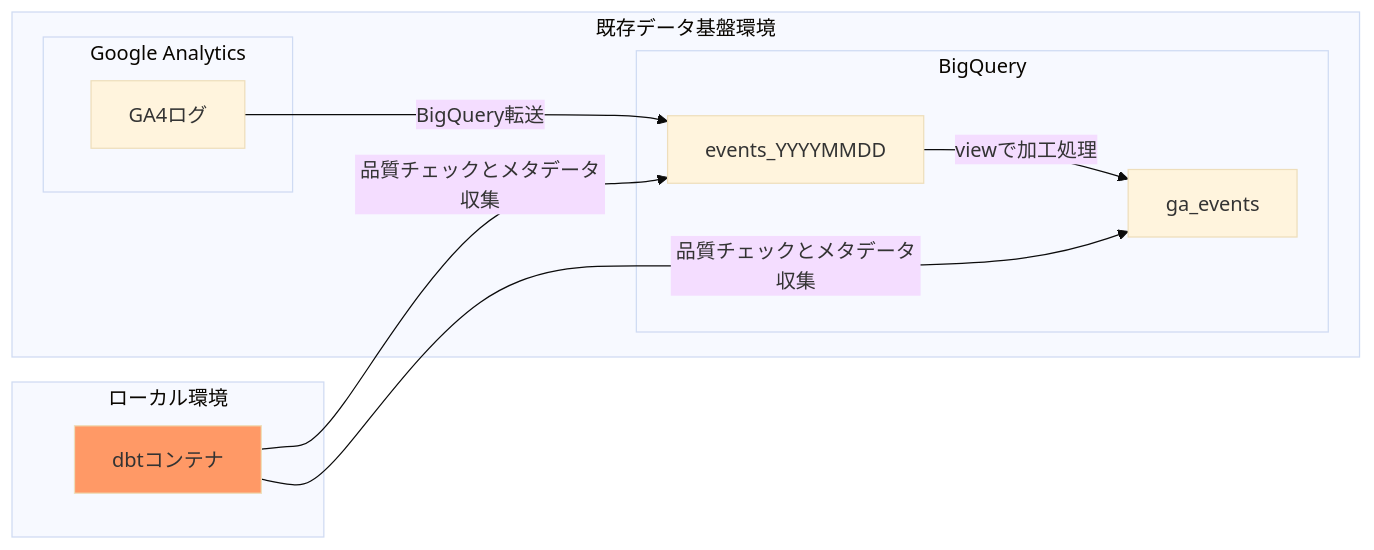
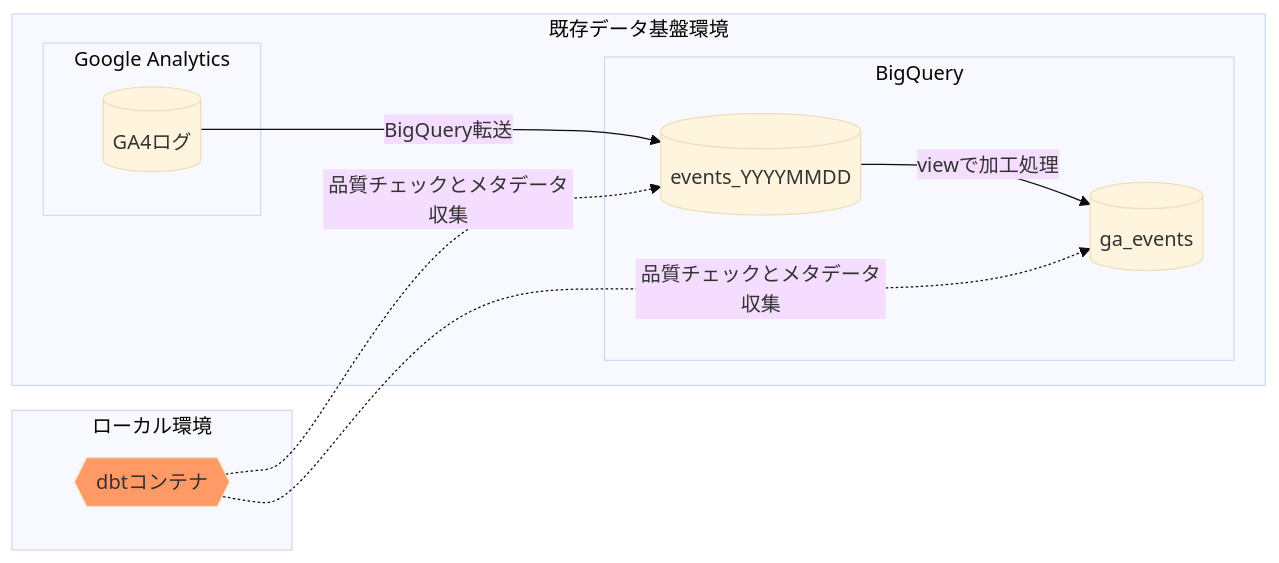
One commit to mjunya1030/mj-zenn changed the diagram in articles/20211015-opt-in-dbt.md. Above: the diagram before and after it, drawn with Mermaid (base theme). The commit also changed other lines of this file, not shown here.

````diff
--- a/articles/20211015-opt-in-dbt.md
+++ b/articles/20211015-opt-in-dbt.md
@@ -114,20 +106,20 @@
 ```mermaid
 
 flowchart LR;
     subgraph 既存データ基盤環境
         subgraph Google Analytics;
-            GA4ログ;
+            GA4ログ[(GA4ログ)];
         end
         subgraph BigQuery
-            GA4ログ -- BigQuery転送 --> events_YYYYMMDD;
-            events_YYYYMMDD -- viewで加工処理 --> ga_events;
+            GA4ログ -- BigQuery転送 --> events_YYYYMMDD[(events_YYYYMMDD)];
+            events_YYYYMMDD -- viewで加工処理 --> ga_events[(ga_events)];
         end
     end
 
     subgraph ローカル環境;
-        dbtコンテナ:::dbtclass -- 品質チェックとメタデータ収集 --> events_YYYYMMDD;
-        dbtコンテナ:::dbtclass -- 品質チェックとメタデータ収集 --> ga_events;
+        dbtコンテナ{{dbtコンテナ}}:::dbtclass -. 品質チェックとメタデータ収集 .-> events_YYYYMMDD;
+        dbtコンテナ{{dbtコンテナ}}:::dbtclass -. 品質チェックとメタデータ収集 .-> ga_events;
     end
 classDef dbtclass fill:#f96;
 
 ```
````
